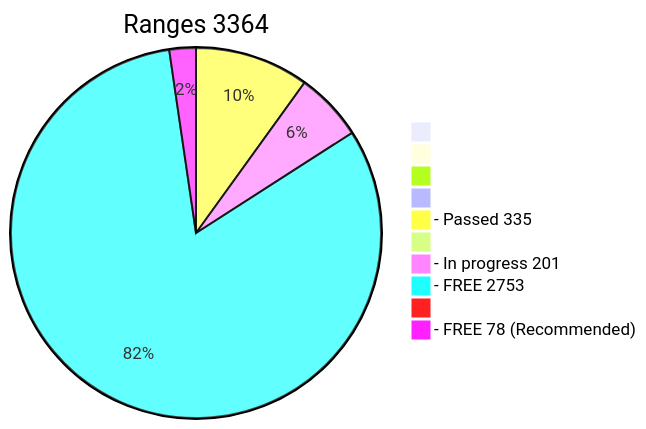
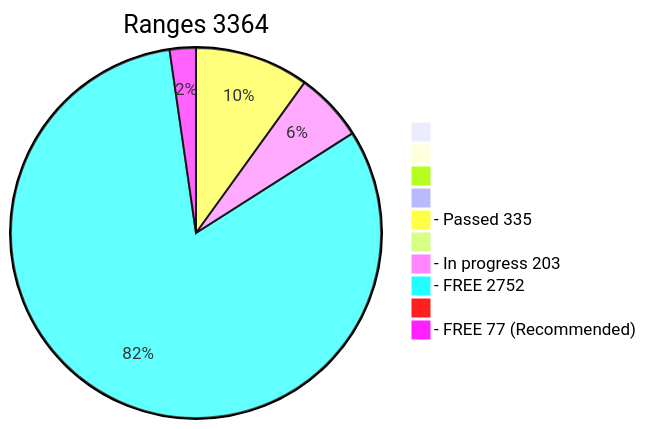
Before and after one commit to phrutis/wif500: the diagram in x64/Release/table.md, drawn with Mermaid. The commit also changed other lines of this file, not shown here.

````diff
--- a/x64/Release/table.md
+++ b/x64/Release/table.md
@@ -2,13 +2,13 @@
 ```mermaid
 pie title Ranges 3364
   " " : 0
   "  " : 0
   "   " : 0
   "    " : 0
   "- Passed 335" : 335
   "     " : 0
-  "- In progress 201" : 201
-  "- FREE 2753" : 2753
+  "- In progress 203" : 203
+  "- FREE 2752" : 2752
   "      " : 0
-  "- FREE 78 (Recommended)" : 78
+  "- FREE 77 (Recommended)" : 77
 ```
````
